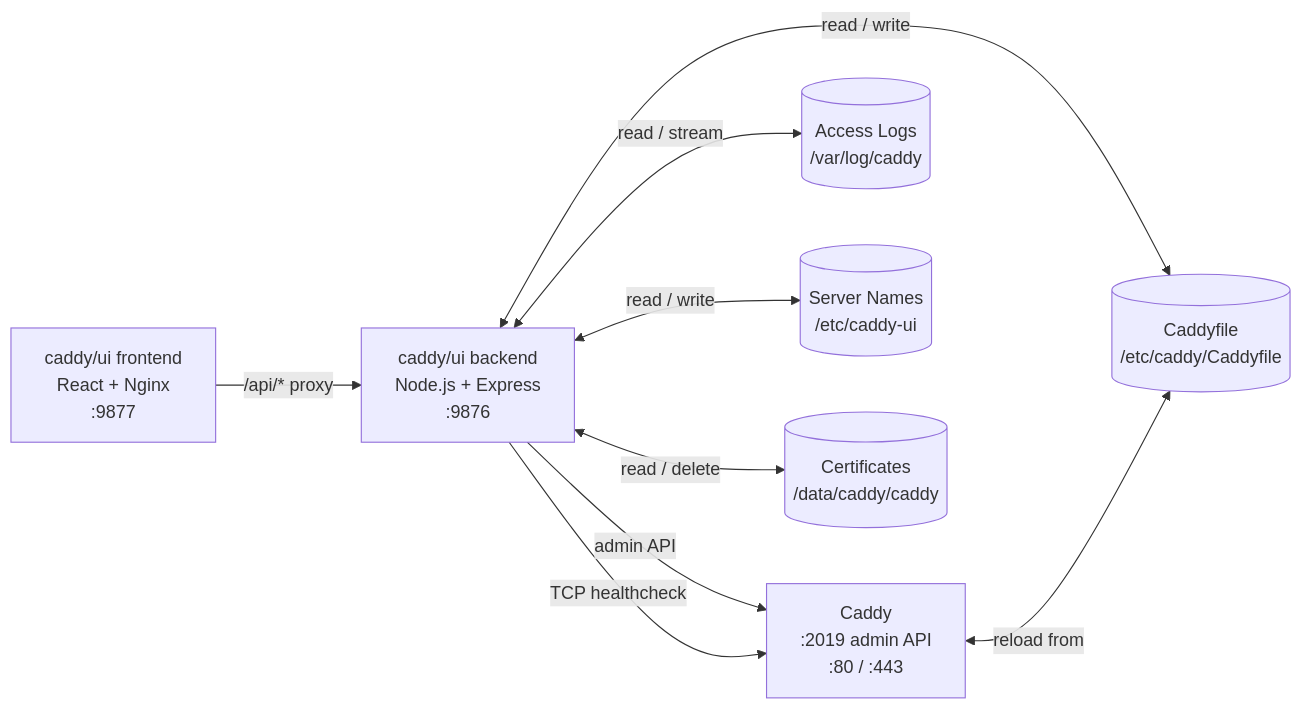
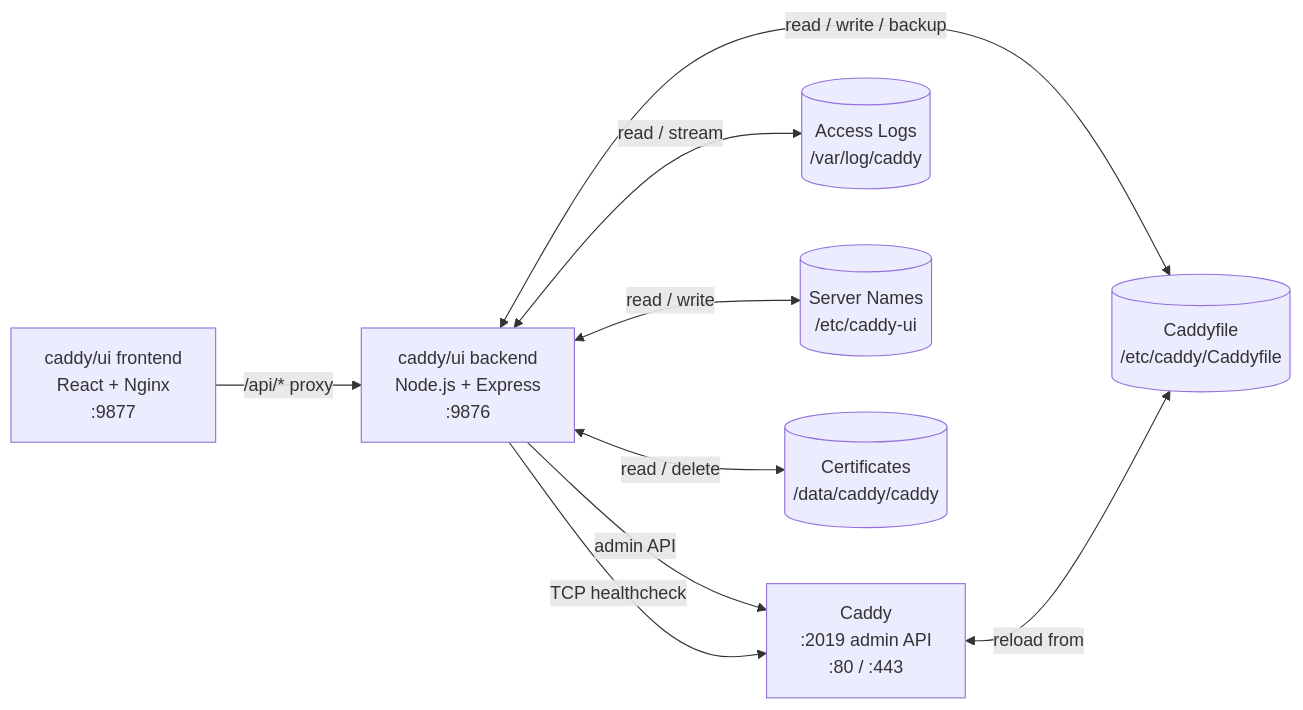
The diagram in README.md (zackwag/caddy-ui), drawn with Mermaid before and after one commit. The commit also changed other lines of this file and 2 other files, not shown here.

Commit message:
Dashboard health summary, route search, Caddyfile backup/restore

````diff
--- a/README.md
+++ b/README.md
@@ -26,19 +26,19 @@
 ```mermaid
 graph LR
     FE["caddy/ui frontend\nReact + Nginx\n:9877"]
     BE["caddy/ui backend\nNode.js + Express\n:9876"]
     CA["Caddy\n:2019 admin API\n:80 / :443"]
     CF[("Caddyfile\n/etc/caddy/Caddyfile")]
     LG[("Access Logs\n/var/log/caddy")]
     SN[("Server Names\n/etc/caddy-ui")]
     TLS[("Certificates\n/data/caddy/caddy")]
 
     FE -->|"/api/* proxy"| BE
     BE -->|"admin API"| CA
     BE -->|"TCP healthcheck"| CA
-    BE <-->|"read / write"| CF
+    BE <-->|"read / write / backup"| CF
     BE <-->|"read / stream"| LG
     BE <-->|"read / write"| SN
     BE <-->|"read / delete"| TLS
     CA <-->|"reload from"| CF
 ```
````
